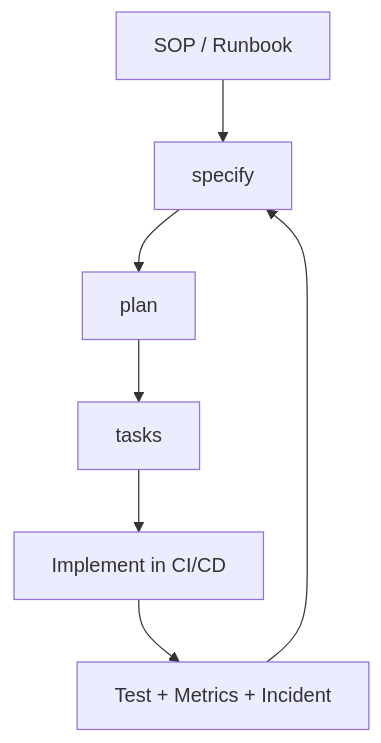
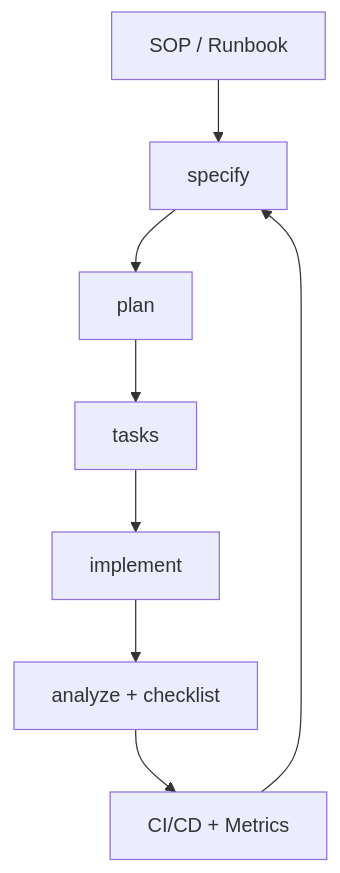
The diagram in content/slides/2026-06-25-speckit-devops/_index.md (chechiachang/chechiachang.github.io-src), drawn with Mermaid before and after one commit. The commit also changed other lines of this file and 5 other files, not shown here.

```diff
--- a/content/slides/2026-06-25-speckit-devops/_index.md
+++ b/content/slides/2026-06-25-speckit-devops/_index.md
@@ -137,9 +178,10 @@
 {{< mermaid >}}
 flowchart TD
   A[SOP / Runbook] --> B[specify]
   B --> C[plan]
   C --> D[tasks]
-  D --> E[Implement in CI/CD]
-  E --> F[Test + Metrics + Incident]
-  F --> B
+  D --> E[implement]
+  E --> F[analyze + checklist]
+  F --> G[CI/CD + Metrics]
+  G --> B
 {{< /mermaid >}}
```
